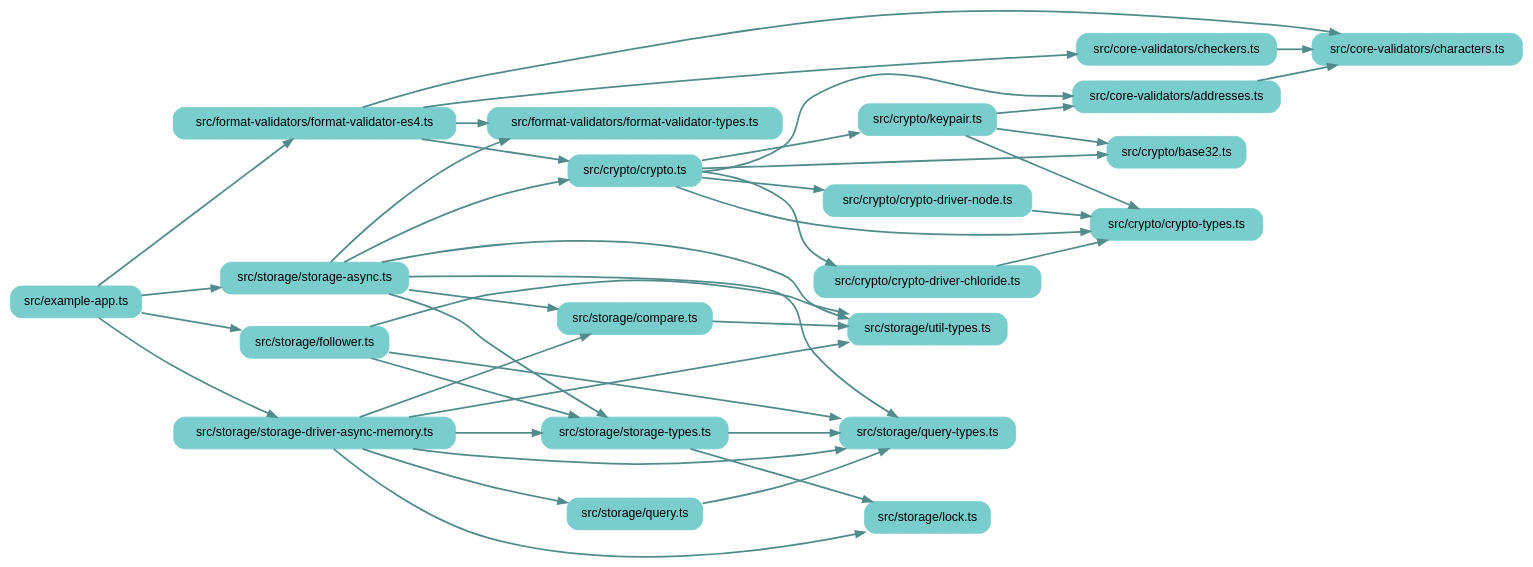
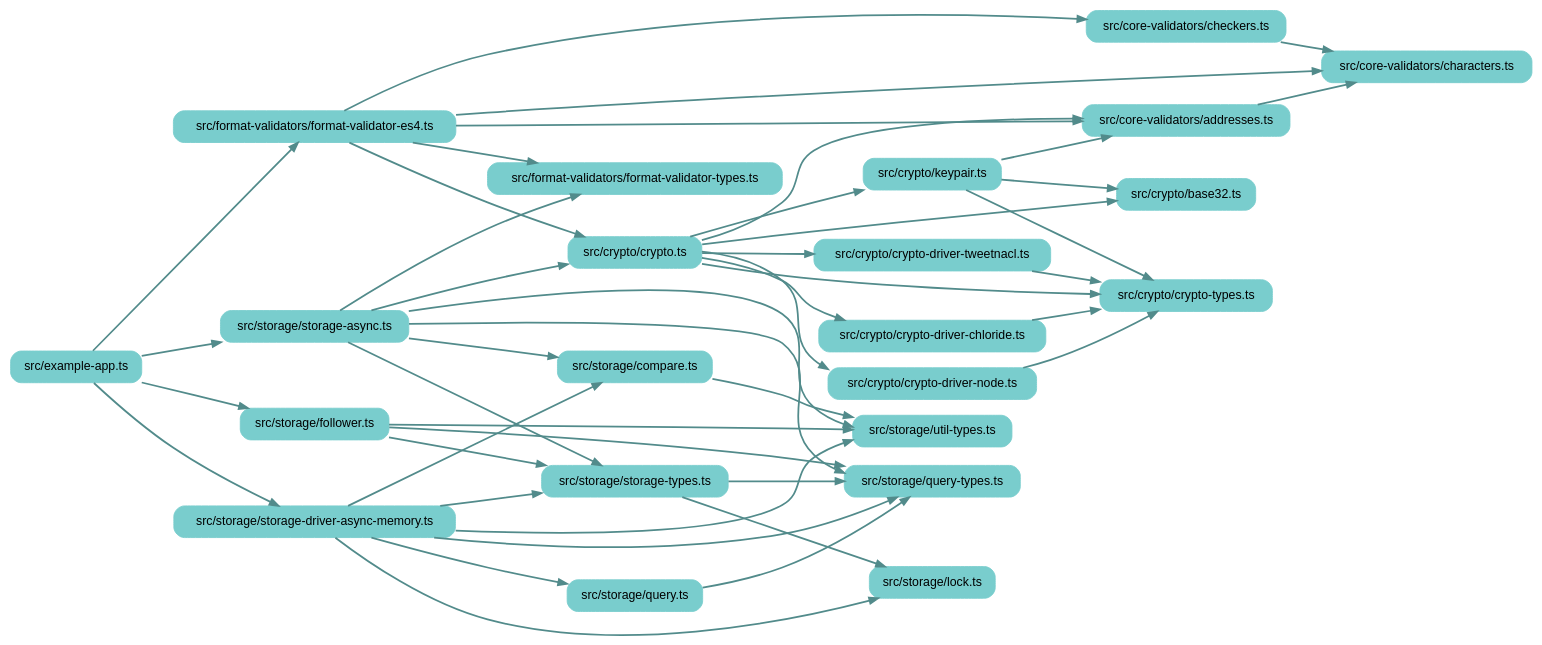
Before and after one commit to earthstar-project/earthstar: the diagram in depchart/depchart-loose.dot, drawn with Graphviz. The commit also changed 9 other files, not shown here.

```diff
--- a/depchart/depchart-loose.dot
+++ b/depchart/depchart-loose.dot
@@ -1,78 +1,82 @@
 
 digraph G {
     //splines=line;
     //splines=polyline;
     splines=true;
     rankdir=LR;
     //newrank=true;
     compound=true;
     graph [fontname = "helvetica"];  // dpi=72
     node [fontname = "helvetica"];
     edge [fontname = "helvetica"];
     
     // files in their folder clusters
         "src/example-app.ts" [label="src/example-app.ts", shape=rectangle; style="rounded,filled"; color=darkslategray3];
         "src/core-validators/addresses.ts" [label="src/core-validators/addresses.ts", shape=rectangle; style="rounded,filled"; color=darkslategray3];
             "src/core-validators/characters.ts" [label="src/core-validators/characters.ts", shape=rectangle; style="rounded,filled"; color=darkslategray3];
             "src/core-validators/checkers.ts" [label="src/core-validators/checkers.ts", shape=rectangle; style="rounded,filled"; color=darkslategray3];
         "src/crypto/base32.ts" [label="src/crypto/base32.ts", shape=rectangle; style="rounded,filled"; color=darkslategray3];
             "src/crypto/crypto-driver-chloride.ts" [label="src/crypto/crypto-driver-chloride.ts", shape=rectangle; style="rounded,filled"; color=darkslategray3];
             "src/crypto/crypto-driver-node.ts" [label="src/crypto/crypto-driver-node.ts", shape=rectangle; style="rounded,filled"; color=darkslategray3];
+            "src/crypto/crypto-driver-tweetnacl.ts" [label="src/crypto/crypto-driver-tweetnacl.ts", shape=rectangle; style="rounded,filled"; color=darkslategray3];
             "src/crypto/crypto-types.ts" [label="src/crypto/crypto-types.ts", shape=rectangle; style="rounded,filled"; color=darkslategray3];
             "src/crypto/crypto.ts" [label="src/crypto/crypto.ts", shape=rectangle; style="rounded,filled"; color=darkslategray3];
             "src/crypto/keypair.ts" [label="src/crypto/keypair.ts", shape=rectangle; style="rounded,filled"; color=darkslategray3];
         "src/format-validators/format-validator-es4.ts" [label="src/format-validators/format-validator-es4.ts", shape=rectangle; style="rounded,filled"; color=darkslategray3];
             "src/format-validators/format-validator-types.ts" [label="src/format-validators/format-validator-types.ts", shape=rectangle; style="rounded,filled"; color=darkslategray3];
         "src/storage/compare.ts" [label="src/storage/compare.ts", shape=rectangle; style="rounded,filled"; color=darkslategray3];
             "src/storage/follower.ts" [label="src/storage/follower.ts", shape=rectangle; style="rounded,filled"; color=darkslategray3];
             "src/storage/lock.ts" [label="src/storage/lock.ts", shape=rectangle; style="rounded,filled"; color=darkslategray3];
             "src/storage/query-types.ts" [label="src/storage/query-types.ts", shape=rectangle; style="rounded,filled"; color=darkslategray3];
             "src/storage/query.ts" [label="src/storage/query.ts", shape=rectangle; style="rounded,filled"; color=darkslategray3];
             "src/storage/storage-async.ts" [label="src/storage/storage-async.ts", shape=rectangle; style="rounded,filled"; color=darkslategray3];
             "src/storage/storage-driver-async-memory.ts" [label="src/storage/storage-driver-async-memory.ts", shape=rectangle; style="rounded,filled"; color=darkslategray3];
             "src/storage/storage-types.ts" [label="src/storage/storage-types.ts", shape=rectangle; style="rounded,filled"; color=darkslategray3];
             "src/storage/util-types.ts" [label="src/storage/util-types.ts", shape=rectangle; style="rounded,filled"; color=darkslategray3];
 
     // edges between files
     "src/core-validators/addresses.ts" -> "src/core-validators/characters.ts" [penwidth=2; color=darkslategray4];
     "src/core-validators/checkers.ts" -> "src/core-validators/characters.ts" [penwidth=2; color=darkslategray4];
     "src/crypto/crypto-driver-chloride.ts" -> "src/crypto/crypto-types.ts" [penwidth=2; color=darkslategray4];
     "src/crypto/crypto-driver-node.ts" -> "src/crypto/crypto-types.ts" [penwidth=2; color=darkslategray4];
+    "src/crypto/crypto-driver-tweetnacl.ts" -> "src/crypto/crypto-types.ts" [penwidth=2; color=darkslategray4];
     "src/crypto/crypto.ts" -> "src/crypto/crypto-driver-chloride.ts" [penwidth=2; color=darkslategray4];
     "src/crypto/crypto.ts" -> "src/crypto/crypto-driver-node.ts" [penwidth=2; color=darkslategray4];
+    "src/crypto/crypto.ts" -> "src/crypto/crypto-driver-tweetnacl.ts" [penwidth=2; color=darkslategray4];
     "src/crypto/crypto.ts" -> "src/crypto/crypto-types.ts" [penwidth=2; color=darkslategray4];
     "src/crypto/crypto.ts" -> "src/crypto/base32.ts" [penwidth=2; color=darkslategray4];
     "src/crypto/crypto.ts" -> "src/crypto/keypair.ts" [penwidth=2; color=darkslategray4];
     "src/crypto/crypto.ts" -> "src/core-validators/addresses.ts" [penwidth=2; color=darkslategray4];
     "src/crypto/keypair.ts" -> "src/crypto/base32.ts" [penwidth=2; color=darkslategray4];
     "src/crypto/keypair.ts" -> "src/crypto/crypto-types.ts" [penwidth=2; color=darkslategray4];
     "src/crypto/keypair.ts" -> "src/core-validators/addresses.ts" [penwidth=2; color=darkslategray4];
     "src/example-app.ts" -> "src/format-validators/format-validator-es4.ts" [penwidth=2; color=darkslategray4];
     "src/example-app.ts" -> "src/storage/storage-driver-async-memory.ts" [penwidth=2; color=darkslategray4];
     "src/example-app.ts" -> "src/storage/storage-async.ts" [penwidth=2; color=darkslategray4];
     "src/example-app.ts" -> "src/storage/follower.ts" [penwidth=2; color=darkslategray4];
     "src/format-validators/format-validator-es4.ts" -> "src/format-validators/format-validator-types.ts" [penwidth=2; color=darkslategray4];
     "src/format-validators/format-validator-es4.ts" -> "src/core-validators/characters.ts" [penwidth=2; color=darkslategray4];
     "src/format-validators/format-validator-es4.ts" -> "src/core-validators/checkers.ts" [penwidth=2; color=darkslategray4];
+    "src/format-validators/format-validator-es4.ts" -> "src/core-validators/addresses.ts" [penwidth=2; color=darkslategray4];
     "src/format-validators/format-validator-es4.ts" -> "src/crypto/crypto.ts" [penwidth=2; color=darkslategray4];
     "src/storage/compare.ts" -> "src/storage/util-types.ts" [penwidth=2; color=darkslategray4];
     "src/storage/follower.ts" -> "src/storage/util-types.ts" [penwidth=2; color=darkslategray4];
     "src/storage/follower.ts" -> "src/storage/query-types.ts" [penwidth=2; color=darkslategray4];
     "src/storage/follower.ts" -> "src/storage/storage-types.ts" [penwidth=2; color=darkslategray4];
     "src/storage/query.ts" -> "src/storage/query-types.ts" [penwidth=2; color=darkslategray4];
     "src/storage/storage-async.ts" -> "src/storage/util-types.ts" [penwidth=2; color=darkslategray4];
     "src/storage/storage-async.ts" -> "src/storage/query-types.ts" [penwidth=2; color=darkslategray4];
     "src/storage/storage-async.ts" -> "src/storage/storage-types.ts" [penwidth=2; color=darkslategray4];
     "src/storage/storage-async.ts" -> "src/format-validators/format-validator-types.ts" [penwidth=2; color=darkslategray4];
     "src/storage/storage-async.ts" -> "src/storage/compare.ts" [penwidth=2; color=darkslategray4];
     "src/storage/storage-async.ts" -> "src/crypto/crypto.ts" [penwidth=2; color=darkslategray4];
     "src/storage/storage-driver-async-memory.ts" -> "src/storage/util-types.ts" [penwidth=2; color=darkslategray4];
     "src/storage/storage-driver-async-memory.ts" -> "src/storage/query-types.ts" [penwidth=2; color=darkslategray4];
     "src/storage/storage-driver-async-memory.ts" -> "src/storage/storage-types.ts" [penwidth=2; color=darkslategray4];
     "src/storage/storage-driver-async-memory.ts" -> "src/storage/compare.ts" [penwidth=2; color=darkslategray4];
     "src/storage/storage-driver-async-memory.ts" -> "src/storage/query.ts" [penwidth=2; color=darkslategray4];
     "src/storage/storage-driver-async-memory.ts" -> "src/storage/lock.ts" [penwidth=2; color=darkslategray4];
     "src/storage/storage-types.ts" -> "src/storage/query-types.ts" [penwidth=2; color=darkslategray4];
     "src/storage/storage-types.ts" -> "src/storage/lock.ts" [penwidth=2; color=darkslategray4];
 
 }
```
